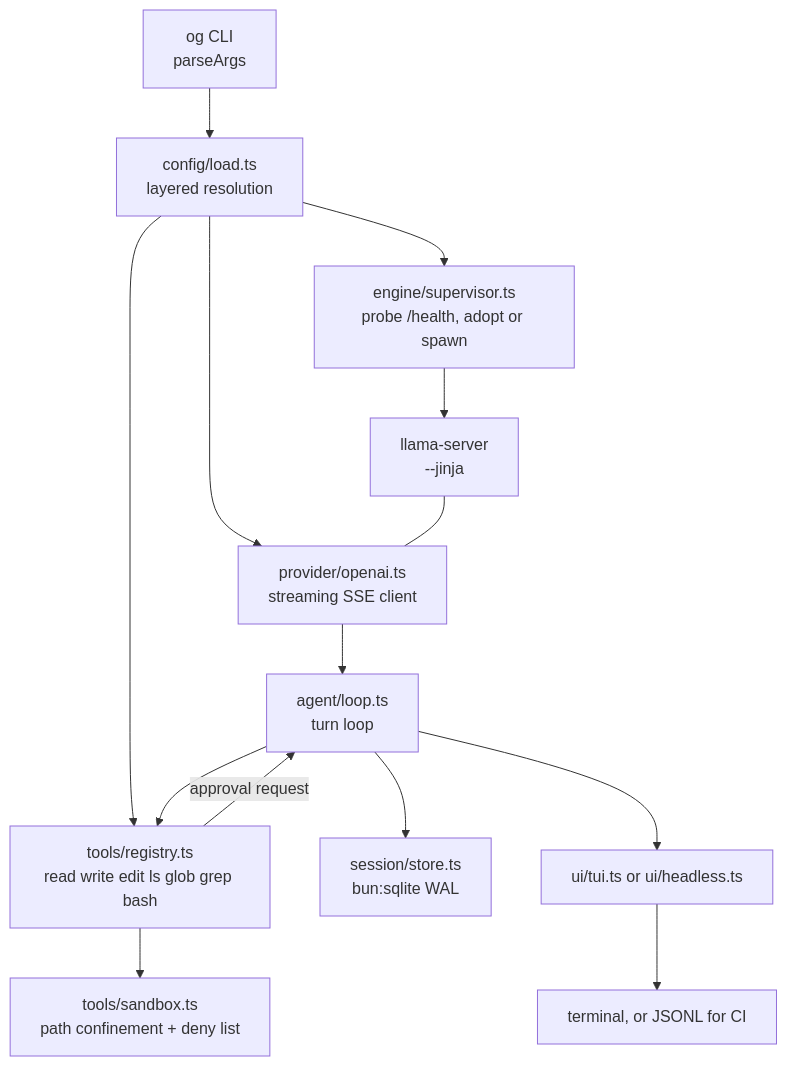
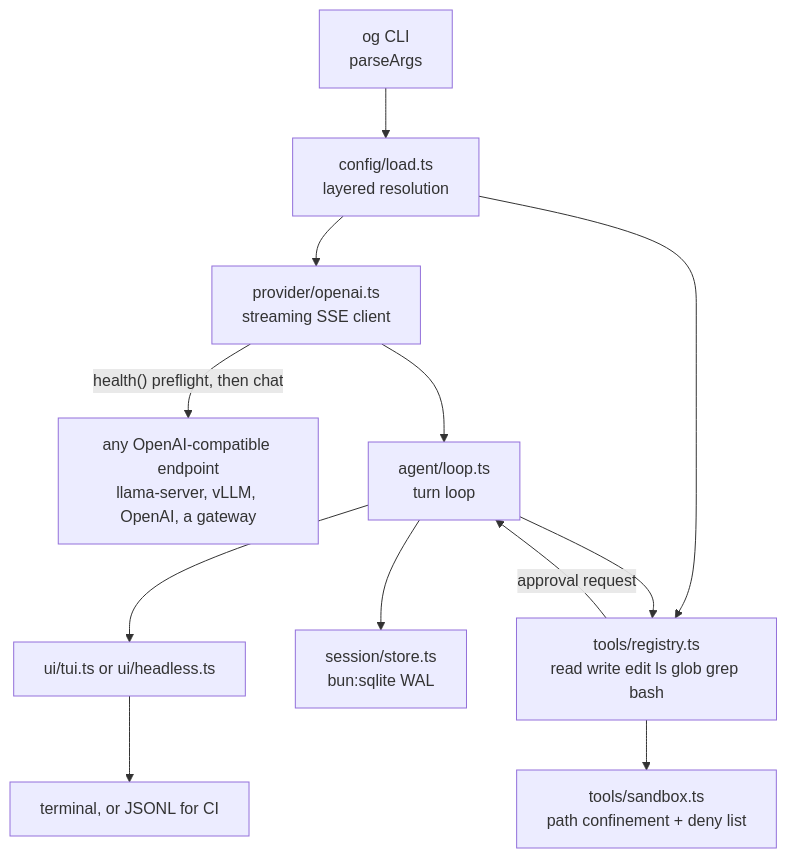
One commit to hjawhar/og-ai changed the diagram in og-cli/README.md. Above: the diagram before and after it, drawn with Mermaid. The commit also changed other lines of this file and 25 other files, not shown here.

First line of the commit message:
og-cli: drop engine supervision, become a pure OpenAI client

````diff
--- a/og-cli/README.md
+++ b/og-cli/README.md
@@ -487,16 +637,14 @@
 ```mermaid
 flowchart TD
     CLI["og CLI<br/>parseArgs"] --> CFG["config/load.ts<br/>layered resolution"]
-    CFG --> SUP["engine/supervisor.ts<br/>probe /health, adopt or spawn"]
-    SUP --> LS["llama-server<br/>--jinja"]
     CFG --> PROV["provider/openai.ts<br/>streaming SSE client"]
-    LS --- PROV
+    PROV -->|"health() preflight, then chat"| EP["any OpenAI-compatible endpoint<br/>llama-server, vLLM, OpenAI, a gateway"]
     PROV --> LOOP["agent/loop.ts<br/>turn loop"]
     CFG --> TOOLS["tools/registry.ts<br/>read write edit ls glob grep bash"]
     LOOP --> TOOLS
     TOOLS --> SBX["tools/sandbox.ts<br/>path confinement + deny list"]
     TOOLS -->|"approval request"| LOOP
     LOOP --> STORE["session/store.ts<br/>bun:sqlite WAL"]
     LOOP --> UI["ui/tui.ts or ui/headless.ts"]
     UI --> OUT["terminal, or JSONL for CI"]
 ```
````
